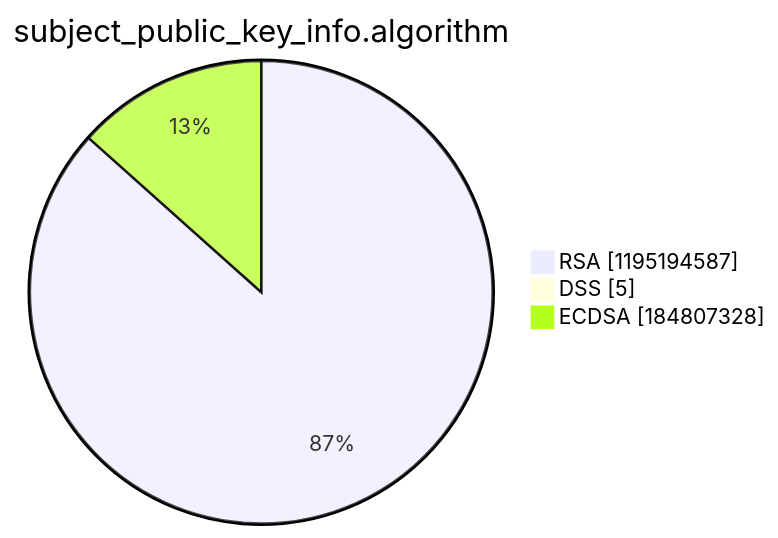
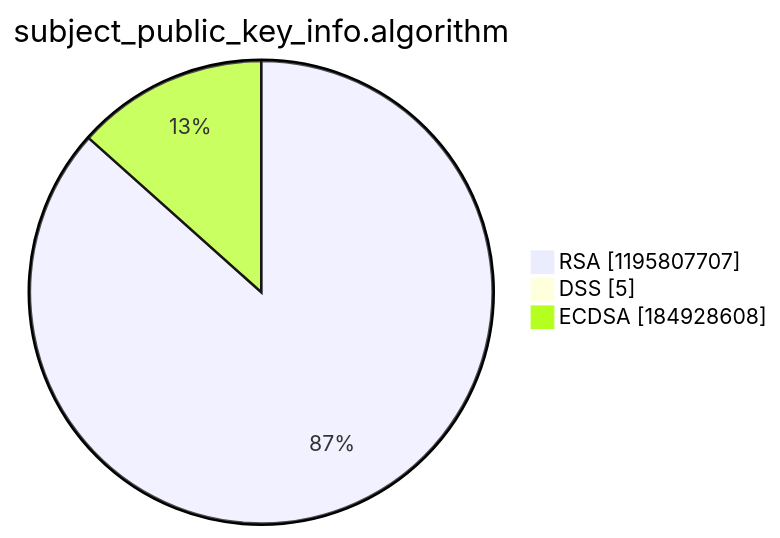
The third of 15 diagrams in argon2022/README.md (christiankrug/ctmonitor_visualization), drawn with Mermaid before and after one commit. The commit also changed other lines of this file, not shown here.

````diff
--- a/argon2022/README.md
+++ b/argon2022/README.md
@@ -14,7 +14,7 @@
 ```mermaid
 pie showData
 title subject_public_key_info.algorithm
-"RSA" :1195194587
+"RSA" :1195807707
 "DSS" :5
-"ECDSA" :184807328
+"ECDSA" :184928608
 ```
````
